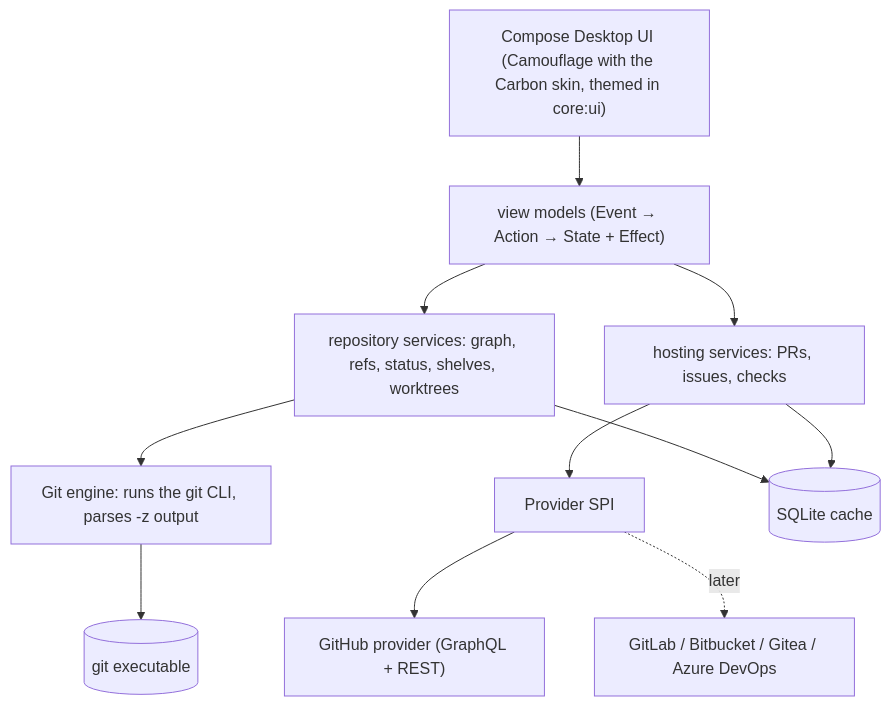
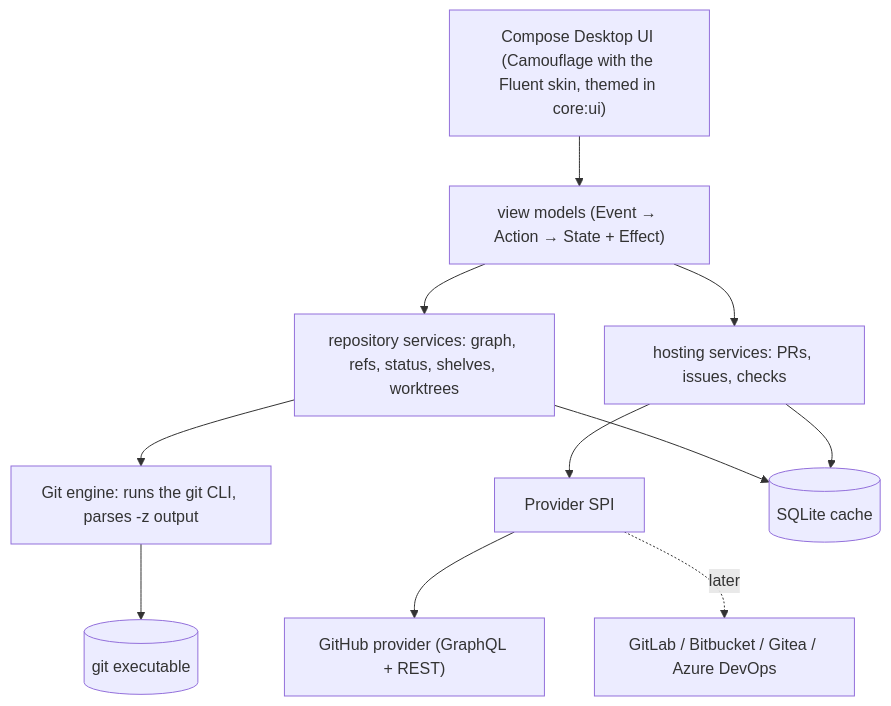
The diagram in docs/design/00 - Overview.md (srctool/graft), drawn with Mermaid before and after one commit. The commit also changed other lines of this file and 26 other files, not shown here.

First line of the commit message:
feat(core-ui): draw Graft with the Fluent skin and Inter

````diff
--- a/docs/design/00 - Overview.md
+++ b/docs/design/00 - Overview.md
@@ -69,13 +69,13 @@
 ```mermaid
 flowchart TB
-    UI["Compose Desktop UI (Camouflage with the Carbon skin, themed in core:ui)"] --> VM["view models (Event → Action → State + Effect)"]
+    UI["Compose Desktop UI (Camouflage with the Fluent skin, themed in core:ui)"] --> VM["view models (Event → Action → State + Effect)"]
     VM --> REPO["repository services: graph, refs, status, shelves, worktrees"]
     VM --> HOST["hosting services: PRs, issues, checks"]
     REPO --> ENG["Git engine: runs the git CLI, parses -z output"]
     HOST --> PROV["Provider SPI"]
     PROV --> GH["GitHub provider (GraphQL + REST)"]
     PROV -.later.-> GL["GitLab / Bitbucket / Gitea / Azure DevOps"]
     ENG --> GIT[("git executable")]
     REPO --> CACHE[("SQLite cache")]
     HOST --> CACHE
 ```
````
